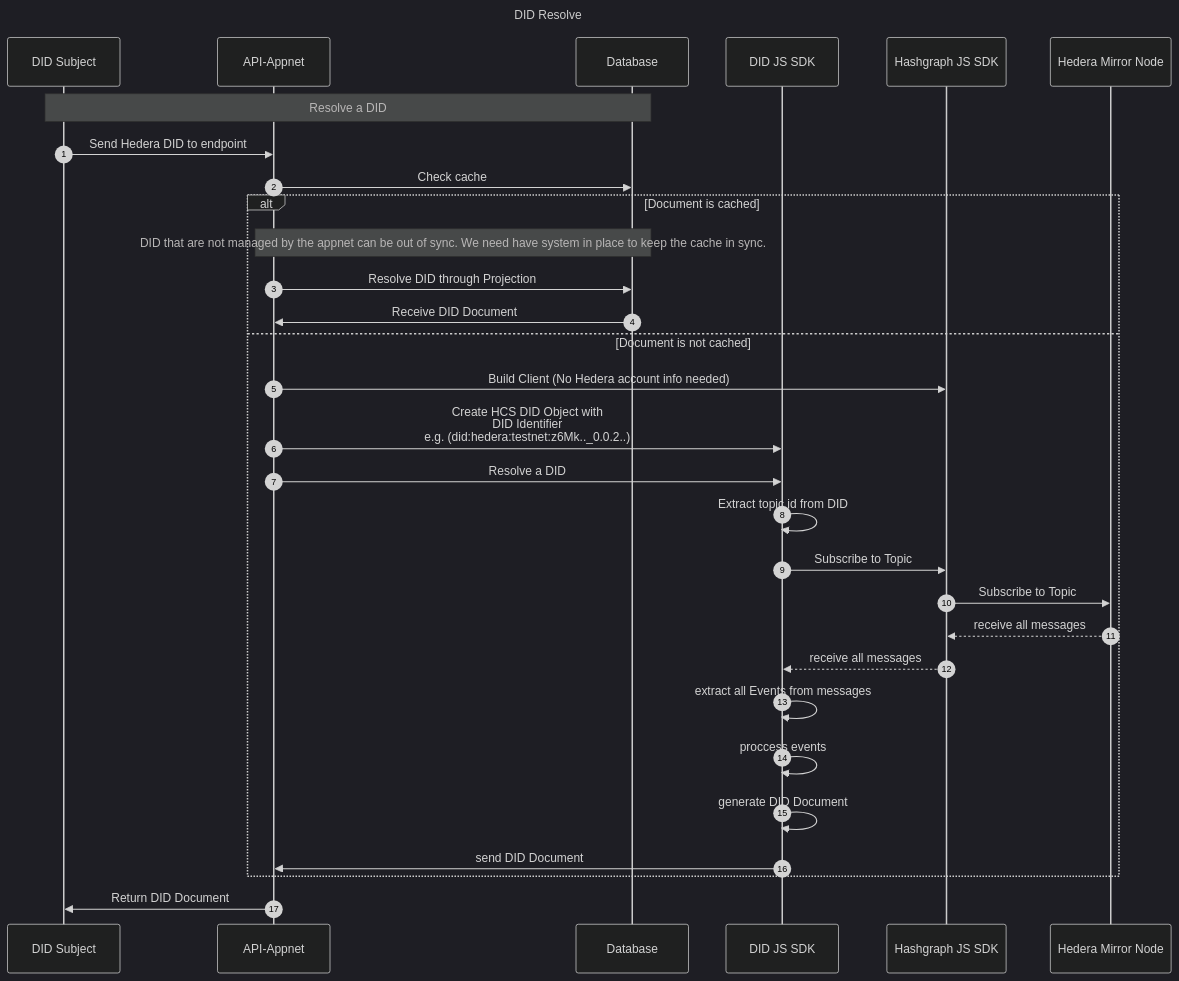
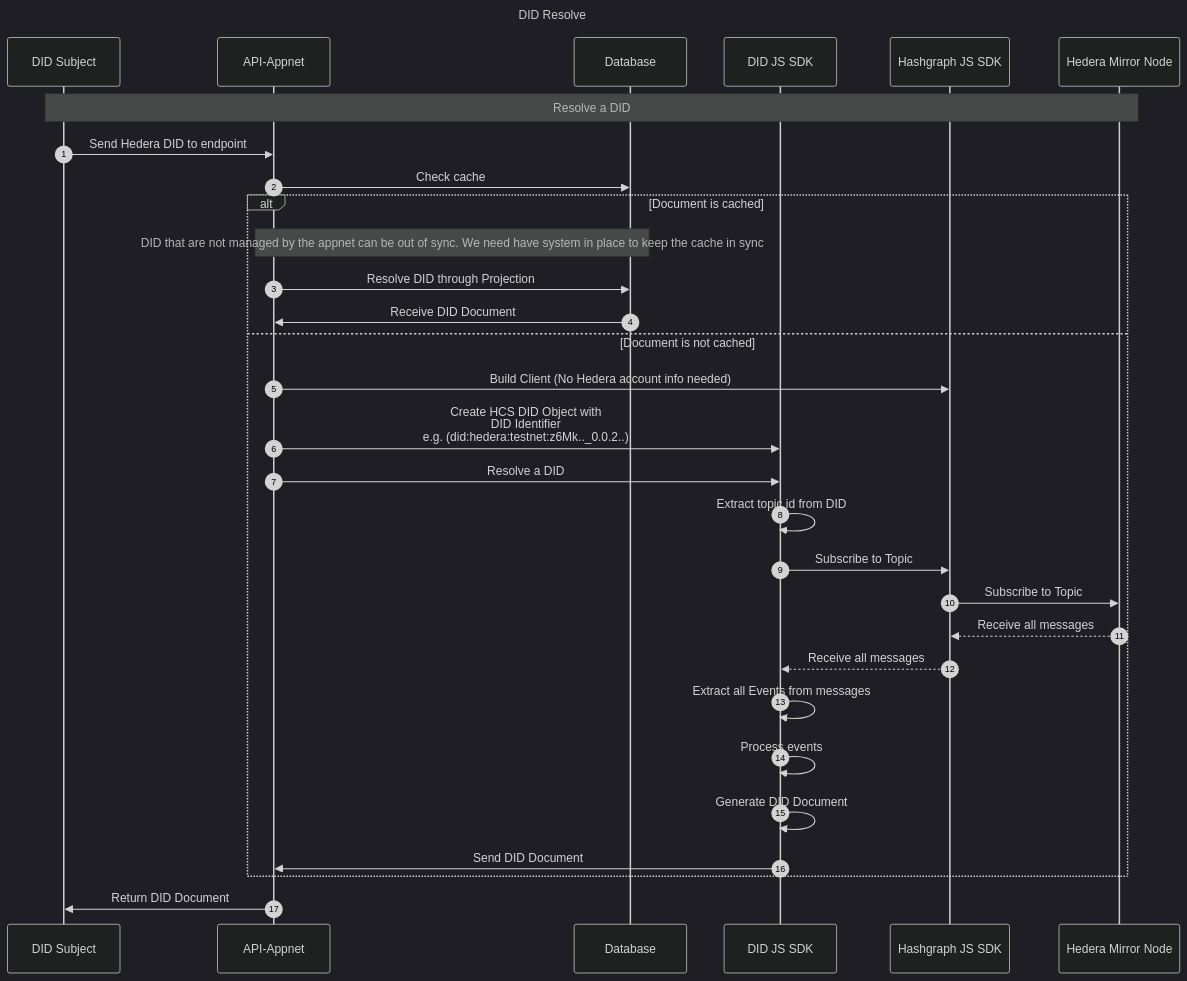
The diagram in documentation/diagrams/did-resolve.mmd (Meeco/hedera-did-identity-network), drawn with Mermaid (dark theme) before and after one commit. The commit also changed 1 other file, not shown here.

```diff
--- a/documentation/diagrams/did-resolve.mmd
+++ b/documentation/diagrams/did-resolve.mmd
@@ -1,33 +1,33 @@
 sequenceDiagram
 Title: DID Resolve
   autonumber
   participant Subject as DID Subject
   participant App as API-Appnet
   participant DB as Database
   participant SDK as DID JS SDK
   participant HSDK as Hashgraph JS SDK
   participant HMN as Hedera Mirror Node
 
-note over Subject,DB: Resolve a DID
-Subject->>App: Send Hedera DID to endpoint
-App->>DB: Check cache
+note over Subject,HMN: Resolve a DID
+Subject ->> App: Send Hedera DID to endpoint
+App ->> DB: Check cache
 alt Document is cached
-note over App,DB: DID that are not managed by the appnet can be out of sync. We need have system in place to keep the cache in sync.
-App->>DB: Resolve DID through Projection
-DB->>App: Receive DID Document
+note over App,DB: DID that are not managed by the appnet can be out of sync. We need have system in place to keep the cache in sync
+App ->> DB: Resolve DID through Projection
+DB ->> App: Receive DID Document
 else Document is not cached
 App ->> HSDK: Build Client (No Hedera account info needed)
 
 App ->> SDK: Create HCS DID Object with <br> DID Identifier <br> e.g. (did:hedera:testnet:z6Mk.._0.0.2..)
 App ->> SDK: Resolve a DID
 SDK ->> SDK: Extract topic id from DID
 SDK ->> HSDK: Subscribe to Topic
 HSDK ->> HMN: Subscribe to Topic
-HMN -->> HSDK: receive all messages
-HSDK -->> SDK: receive all messages
-SDK ->> SDK: extract all Events from messages
-SDK ->> SDK: proccess events
-SDK ->> SDK: generate DID Document
-SDK ->> App: send DID Document
+HMN -->> HSDK: Receive all messages
+HSDK -->> SDK: Receive all messages
+SDK ->> SDK: Extract all Events from messages
+SDK ->> SDK: Process events
+SDK ->> SDK: Generate DID Document
+SDK ->> App: Send DID Document
 end
 App->>Subject: Return DID Document
```
